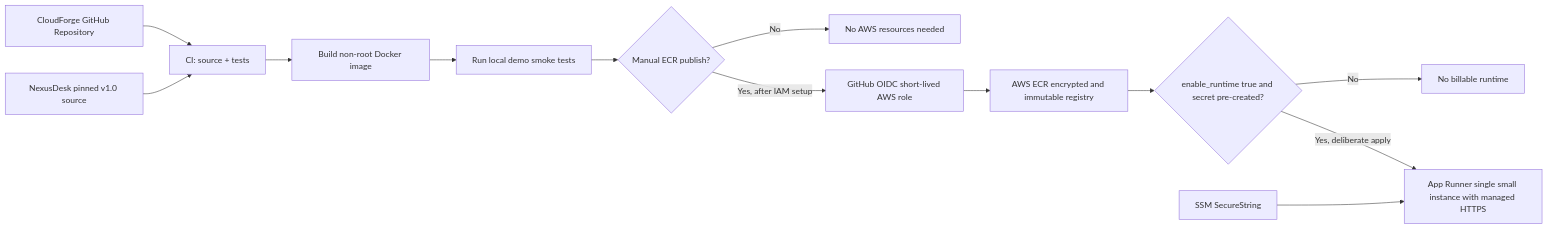
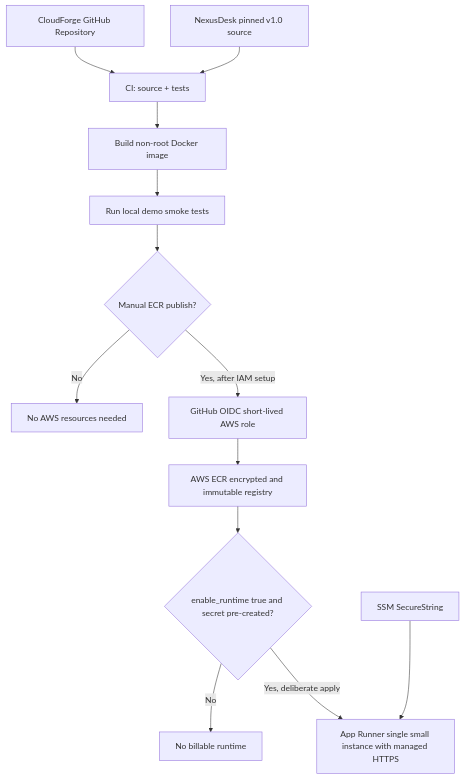
Before and after one commit to eddy235/CloudForge: the second of 2 diagrams in docs/ARCHITECTURE.md, drawn with Mermaid. The commit also changed other lines of this file and 17 other files, not shown here.

````diff
--- a/docs/ARCHITECTURE.md
+++ b/docs/ARCHITECTURE.md
@@ -6,15 +31,15 @@
 ```mermaid
-flowchart LR
+flowchart TD
     A[CloudForge GitHub Repository] --> B[CI: source + tests]
     N[NexusDesk pinned v1.0 source] --> B
     B --> C[Build non-root Docker image]
     C --> D[Run local demo smoke tests]
     D --> E{Manual ECR publish?}
     E -->|No| F[No AWS resources needed]
     E -->|Yes, after IAM setup| G[GitHub OIDC short-lived AWS role]
     G --> H[AWS ECR encrypted and immutable registry]
     H --> I{enable_runtime true and secret pre-created?}
     I -->|No| J[No billable runtime]
     I -->|Yes, deliberate apply| K[App Runner single small instance with managed HTTPS]
     S[SSM SecureString] --> K
 ```
````
